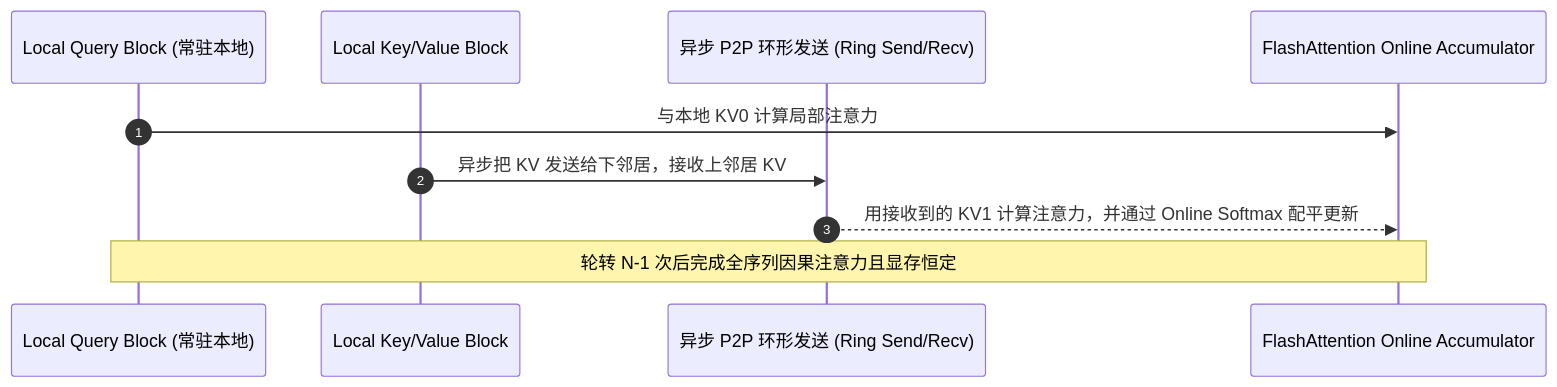
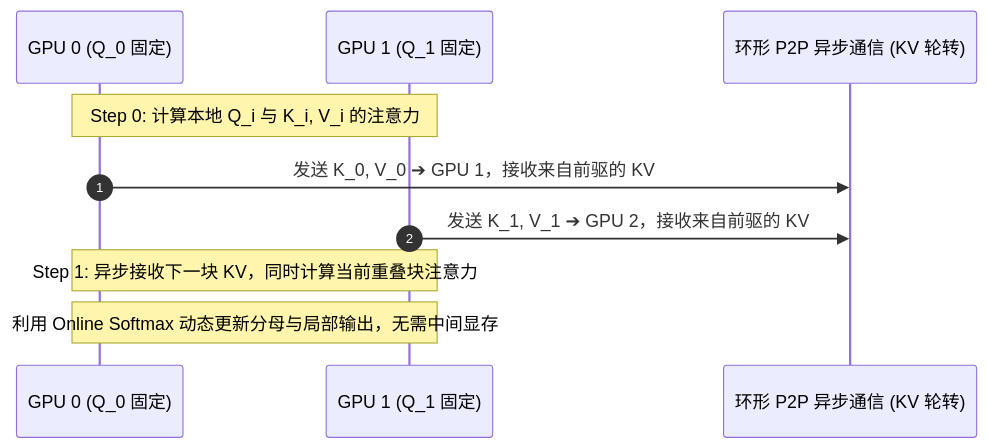
Before and after one commit to hsthanb4/hpclearning: the second of 2 diagrams in train/lesson08.qmd, drawn with Mermaid. The commit also changed other lines of this file and 89 other files, not shown here.

Commit message:
style(docs): relocate images and diagrams adjacent to their textual references across all lessons

````diff
--- a/train/lesson08.qmd
+++ b/train/lesson08.qmd
@@ -48,13 +66,13 @@
 ```{mermaid}
 sequenceDiagram
     autonumber
-    participant Q as Local Query Block (常驻本地)
-    participant KV as Local Key/Value Block
-    participant P2P as 异步 P2P 环形发送 (Ring Send/Recv)
-    participant Acc as FlashAttention Online Accumulator
+    participant GPU0 as GPU 0 (Q_0 固定)
+    participant GPU1 as GPU 1 (Q_1 固定)
+    participant P2P as 环形 P2P 异步通信 (KV 轮转)
 
-    Q->>Acc: 与本地 KV0 计算局部注意力
-    KV->>P2P: 异步把 KV 发送给下邻居，接收上邻居 KV
-    P2P-->>Acc: 用接收到的 KV1 计算注意力，并通过 Online Softmax 配平更新
-    Note over Q,Acc: 轮转 N-1 次后完成全序列因果注意力且显存恒定
+    Note over GPU0,GPU1: Step 0: 计算本地 Q_i 与 K_i, V_i 的注意力
+    GPU0->>P2P: 发送 K_0, V_0 ➔ GPU 1，接收来自前驱的 KV
+    GPU1->>P2P: 发送 K_1, V_1 ➔ GPU 2，接收来自前驱的 KV
+    Note over GPU0,GPU1: Step 1: 异步接收下一块 KV，同时计算当前重叠块注意力
+    Note over GPU0,GPU1: 利用 Online Softmax 动态更新分母与局部输出，无需中间显存
 ```
````
